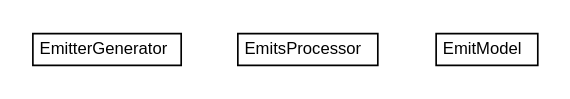
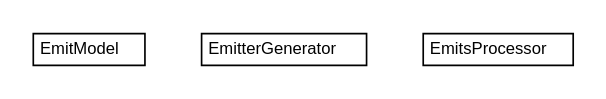
One commit to trajano/jetng changed the diagram in jetng-apt/apidocs/net/trajano/jetng/apt/internal/net.trajano.jetng.apt.internal.dot. Above: the diagram before and after it, drawn with Graphviz. The commit also changed 67 other files, not shown here.

```diff
--- a/jetng-apt/apidocs/net/trajano/jetng/apt/internal/net.trajano.jetng.apt.internal.dot
+++ b/jetng-apt/apidocs/net/trajano/jetng/apt/internal/net.trajano.jetng.apt.internal.dot
@@ -1,30 +1,30 @@
 #!/usr/local/bin/dot
 #
 # Class diagram 
 # Generated by UMLGraph version R5_6-24-gf6e263 (http://www.umlgraph.org/)
 #
 
 digraph G {
-	edge [fontname="arial",fontsize=10,labelfontname="arial",labelfontsize=10];
-	node [fontname="arial",fontsize=10,shape=plaintext];
+	edge [fontname="Helvetica",fontsize=10,labelfontname="Helvetica",labelfontsize=10];
+	node [fontname="Helvetica",fontsize=10,shape=plaintext];
 	nodesep=0.25;
 	ranksep=0.5;
+	// net.trajano.jetng.apt.internal.EmitModel
+	c7 [label=<<table title="net.trajano.jetng.apt.internal.EmitModel" border="0" cellborder="1" cellspacing="0" cellpadding="2" port="p" href="./EmitModel.html">
+		<tr><td><table border="0" cellspacing="0" cellpadding="1">
+<tr><td align="center" balign="center"> EmitModel </td></tr>
+		</table></td></tr>
+		</table>>, URL="./EmitModel.html", fontname="Helvetica", fontcolor="black", fontsize=10.0];
 	// net.trajano.jetng.apt.internal.EmitterGenerator
-	c7 [label=<<table title="net.trajano.jetng.apt.internal.EmitterGenerator" border="0" cellborder="1" cellspacing="0" cellpadding="2" port="p" href="./EmitterGenerator.html">
+	c8 [label=<<table title="net.trajano.jetng.apt.internal.EmitterGenerator" border="0" cellborder="1" cellspacing="0" cellpadding="2" port="p" href="./EmitterGenerator.html">
 		<tr><td><table border="0" cellspacing="0" cellpadding="1">
 <tr><td align="center" balign="center"> EmitterGenerator </td></tr>
 		</table></td></tr>
-		</table>>, URL="./EmitterGenerator.html", fontname="arial", fontcolor="black", fontsize=10.0];
+		</table>>, URL="./EmitterGenerator.html", fontname="Helvetica", fontcolor="black", fontsize=10.0];
 	// net.trajano.jetng.apt.internal.EmitsProcessor
-	c8 [label=<<table title="net.trajano.jetng.apt.internal.EmitsProcessor" border="0" cellborder="1" cellspacing="0" cellpadding="2" port="p" href="./EmitsProcessor.html">
+	c9 [label=<<table title="net.trajano.jetng.apt.internal.EmitsProcessor" border="0" cellborder="1" cellspacing="0" cellpadding="2" port="p" href="./EmitsProcessor.html">
 		<tr><td><table border="0" cellspacing="0" cellpadding="1">
 <tr><td align="center" balign="center"> EmitsProcessor </td></tr>
 		</table></td></tr>
-		</table>>, URL="./EmitsProcessor.html", fontname="arial", fontcolor="black", fontsize=10.0];
-	// net.trajano.jetng.apt.internal.EmitModel
-	c9 [label=<<table title="net.trajano.jetng.apt.internal.EmitModel" border="0" cellborder="1" cellspacing="0" cellpadding="2" port="p" href="./EmitModel.html">
-		<tr><td><table border="0" cellspacing="0" cellpadding="1">
-<tr><td align="center" balign="center"> EmitModel </td></tr>
-		</table></td></tr>
-		</table>>, URL="./EmitModel.html", fontname="arial", fontcolor="black", fontsize=10.0];
+		</table>>, URL="./EmitsProcessor.html", fontname="Helvetica", fontcolor="black", fontsize=10.0];
 }
```
